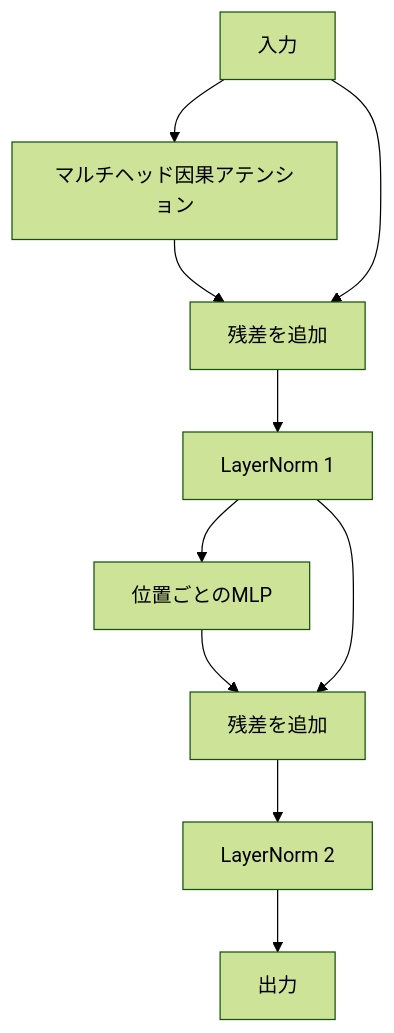
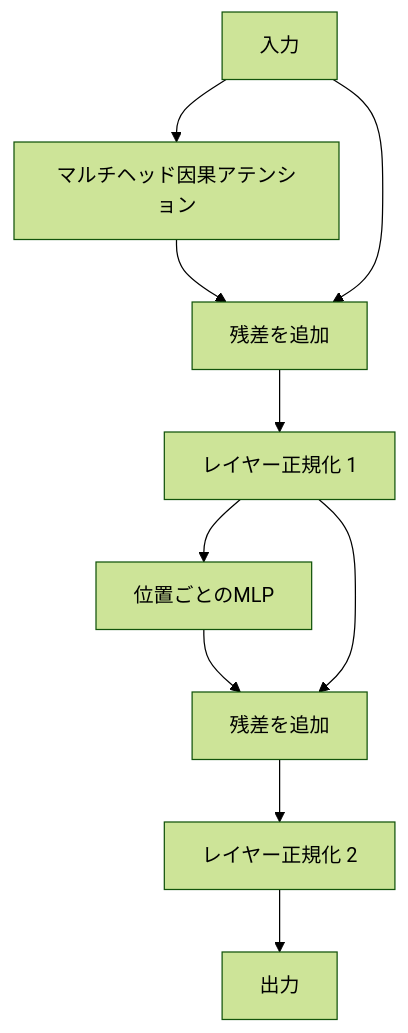
Before and after one commit to shoshoshomen/synapse-academy: the second of 2 diagrams in content/phases/19-capstone-projects/34-transformer-block/lesson.ja.md, drawn with Mermaid (forest theme). The commit also changed other lines of this file and 124 other files, not shown here.

First line of the commit message:
feat(i18n): mermaid図のラベルを日本語化(194レッスン/374図)

````diff
--- a/content/phases/19-capstone-projects/34-transformer-block/lesson.ja.md
+++ b/content/phases/19-capstone-projects/34-transformer-block/lesson.ja.md
@@ -41,12 +41,12 @@
 ```mermaid
 flowchart TB
-  X[入力] --> MHA[マルチヘッド因果アテンション]
-  MHA --> R1[残差を追加]
+  X["入力"] --> MHA["マルチヘッド因果アテンション"]
+  MHA --> R1["残差を追加"]
   X --> R1
-  R1 --> N1[LayerNorm 1]
-  N1 --> MLP[位置ごとのMLP]
-  MLP --> R2[残差を追加]
+  R1 --> N1["レイヤー正規化 1"]
+  N1 --> MLP["位置ごとのMLP"]
+  MLP --> R2["残差を追加"]
   N1 --> R2
-  R2 --> N2[LayerNorm 2]
-  N2 --> Y[出力]
+  R2 --> N2["レイヤー正規化 2"]
+  N2 --> Y["出力"]
 ```
````
